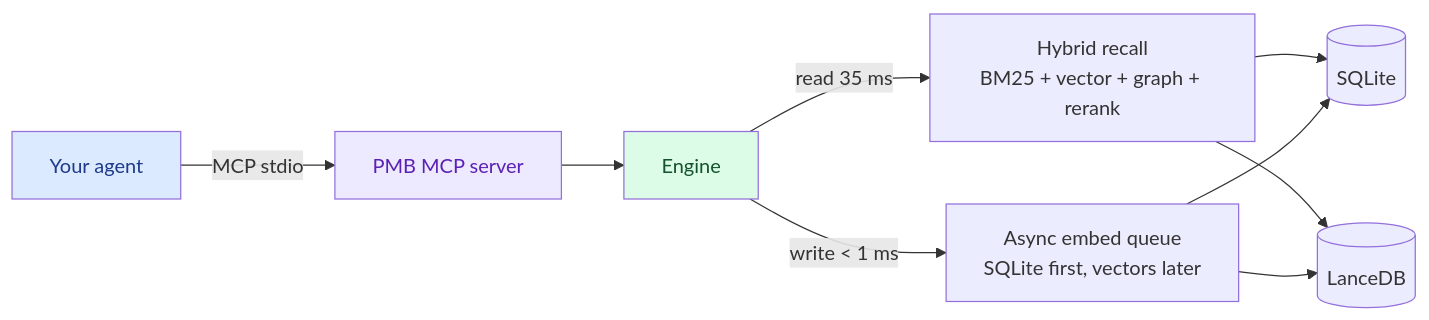
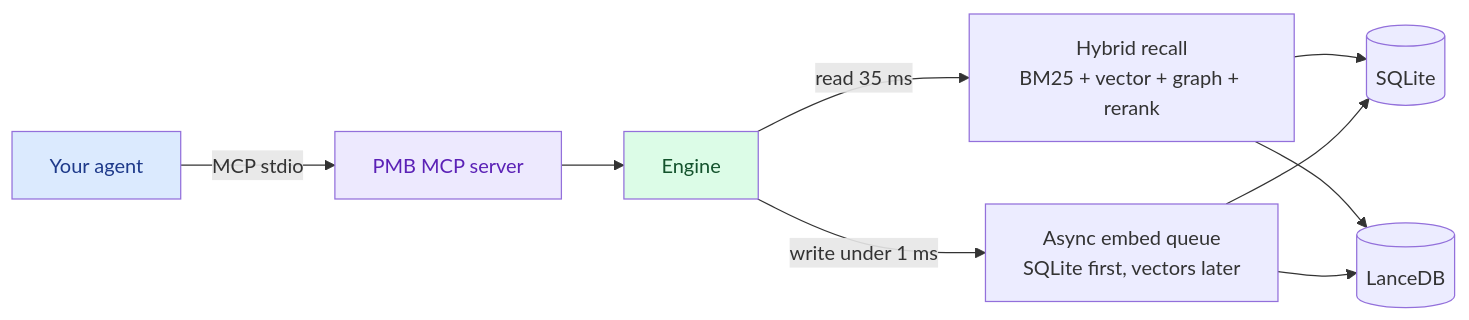
Before and after one commit to airano-ir/pmb: the diagram in README.md, drawn with Mermaid. The commit also changed other lines of this file and 3 other files, not shown here.

````diff
--- a/README.md
+++ b/README.md
@@ -177,14 +173,14 @@
 ```mermaid
 flowchart LR
     A[Your agent] -->|MCP stdio| B[PMB MCP server]
     B --> C[Engine]
     C -->|read 35 ms| R[Hybrid recall<br/>BM25 + vector + graph + rerank]
-    C -->|write &lt; 1 ms| W[Async embed queue<br/>SQLite first, vectors later]
+    C -->|write under 1 ms| W[Async embed queue<br/>SQLite first, vectors later]
     R --> D[(SQLite)]
     R --> E[(LanceDB)]
     W --> D
     W --> E
     style A fill:#dbeafe,color:#1e3a8a
     style B fill:#ede9fe,color:#5b21b6
     style C fill:#dcfce7,color:#14532d
 ```
````
